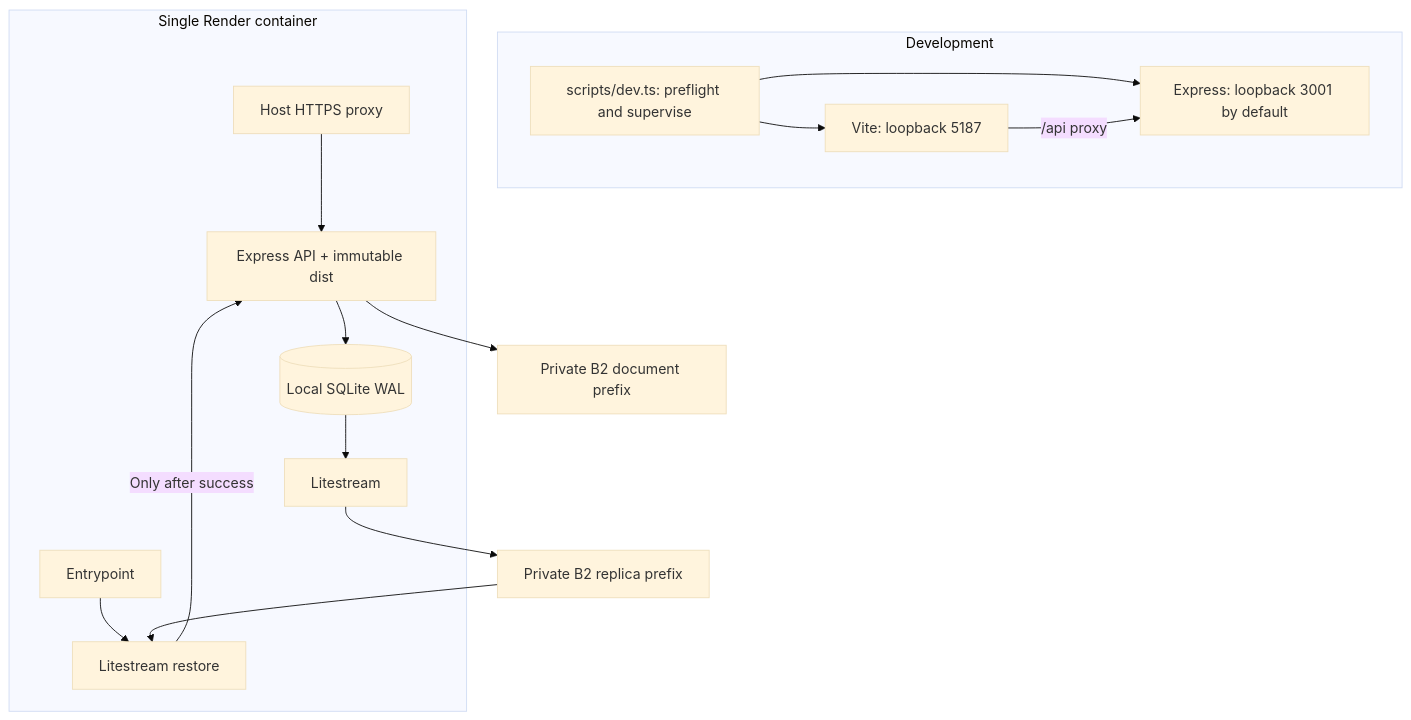
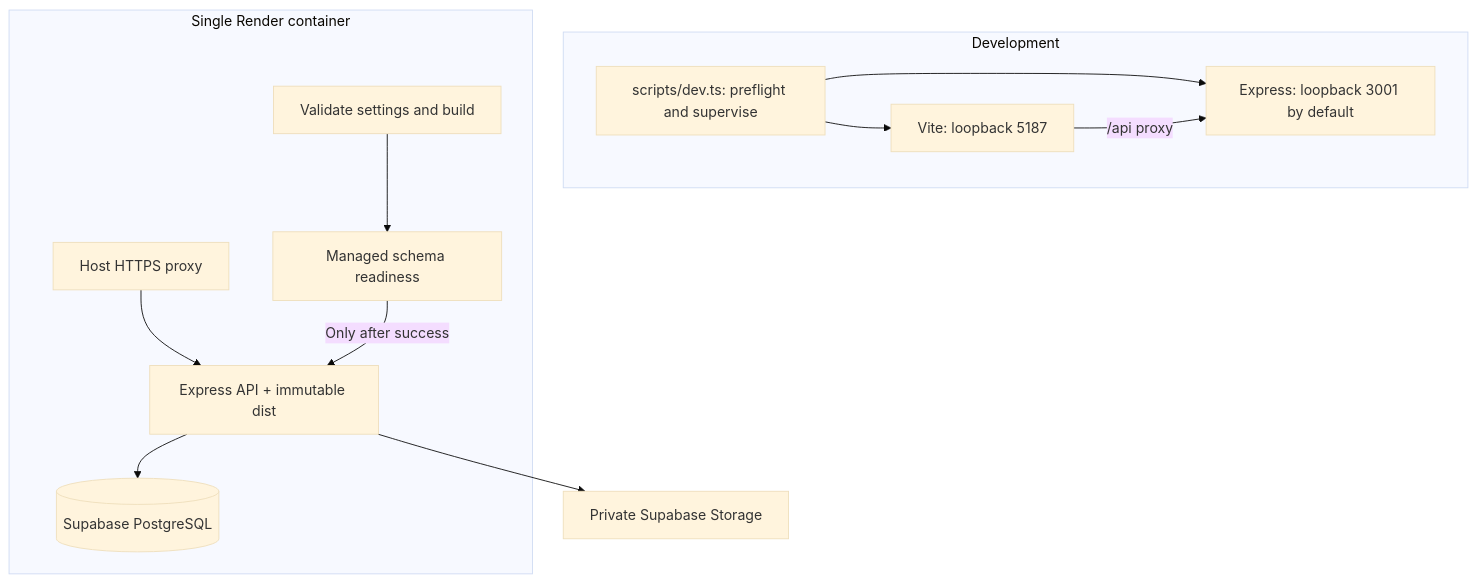
The second of 3 diagrams in docs/architecture.md (adrock18/medivault), drawn with Mermaid (base theme) before and after one commit. The commit also changed other lines of this file and 86 other files, not shown here.

First line of the commit message:
Move MediVault to Supabase managed backend

````diff
--- a/docs/architecture.md
+++ b/docs/architecture.md
@@ -43,19 +47,16 @@
 ```mermaid
 flowchart TB
   subgraph Development
     Launcher["scripts/dev.ts: preflight and supervise"]
     Launcher --> Vite["Vite: loopback 5187"]
     Launcher --> API["Express: loopback 3001 by default"]
     Vite -->|"/api proxy"| API
   end
   subgraph Hosted["Single Render container"]
     TLS["Host HTTPS proxy"] --> App["Express API + immutable dist"]
-    Entry["Entrypoint"] --> Restore["Litestream restore"]
-    Restore -->|"Only after success"| App
-    App --> DB[("Local SQLite WAL")]
-    DB --> Replicate["Litestream"]
+    Startup["Validate settings and build"] --> Ready["Managed schema readiness"]
+    Ready -->|"Only after success"| App
+    App --> DB[("Supabase PostgreSQL")]
   end
-  Replicate --> B2["Private B2 replica prefix"]
-  B2 --> Restore
-  App --> Files["Private B2 document prefix"]
+  App --> Files["Private Supabase Storage"]
 ```
````
